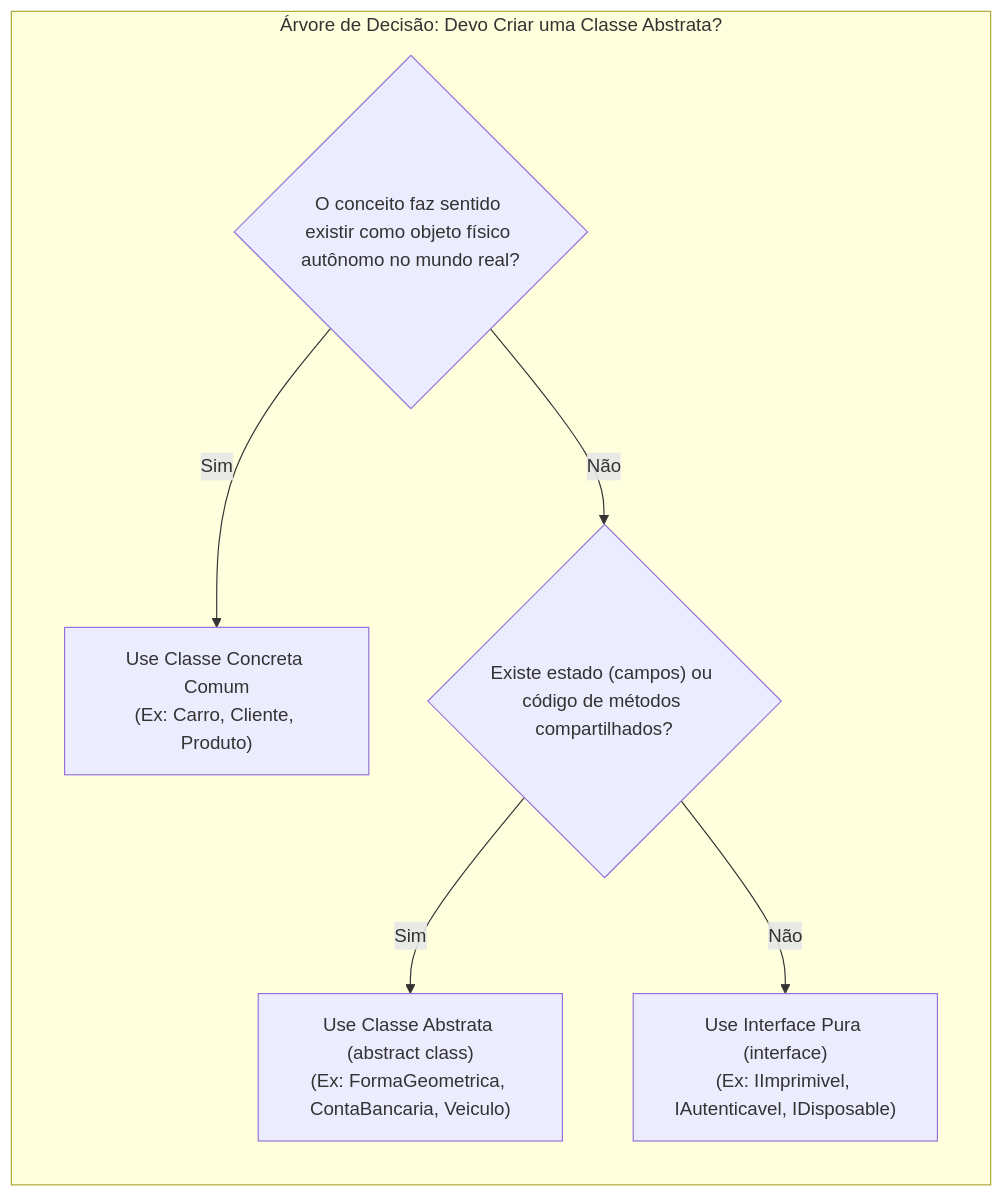
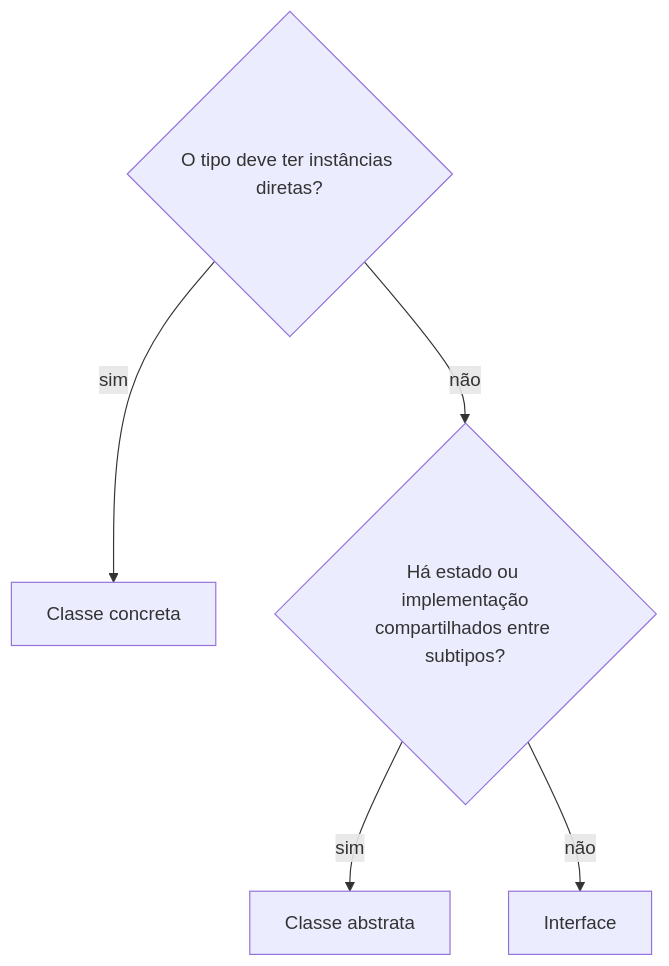
Before and after one commit to leorruas/puc: the sixth of 6 diagrams in 01. Programacao Modular/18. Classes abstratas e métodos abstratos (contratos de herança e polimorfismo puro).md, drawn with Mermaid. The commit also changed other lines of this file, not shown here.

Commit message:
Normaliza diagramas Mermaid de classes abstratas

````diff
--- a/01. Programacao Modular/18. Classes abstratas e métodos abstratos (contratos de herança e polimorfismo puro).md
+++ b/01. Programacao Modular/18. Classes abstratas e métodos abstratos (contratos de herança e polimorfismo puro).md
@@ -585,13 +499,13 @@
 ```mermaid
 flowchart TD
-    subgraph DecisaoClasseAbstrata ["Árvore de Decisão: Devo Criar uma Classe Abstrata?"]
-        direction TB
+    Q1{"O tipo deve ter instâncias diretas?"}:::core
+    Concreta["Classe concreta"]:::component
+    Q2{"Há estado ou implementação<br>compartilhados entre subtipos?"}:::core
+    Abstrata["Classe abstrata"]:::component
+    Interface["Interface"]:::data
 
-        Q1{"O conceito faz sentido existir como objeto físico autônomo no mundo real?"}
-        Q1 -->|Sim| Concreta["Use Classe Concreta Comum<br>(Ex: Carro, Cliente, Produto)"]
-        Q1 -->|Não| Q2{"Existe estado (campos) ou código de métodos compartilhados?"}
-
-        Q2 -->|Sim| Abstrata["Use Classe Abstrata (abstract class)<br>(Ex: FormaGeometrica, ContaBancaria, Veiculo)"]
-        Q2 -->|Não| Interface["Use Interface Pura (interface)<br>(Ex: IImprimivel, IAutenticavel, IDisposable)"]
-    end
+    Q1 -->|"sim"| Concreta
+    Q1 -->|"não"| Q2
+    Q2 -->|"sim"| Abstrata
+    Q2 -->|"não"| Interface
 ```
````
